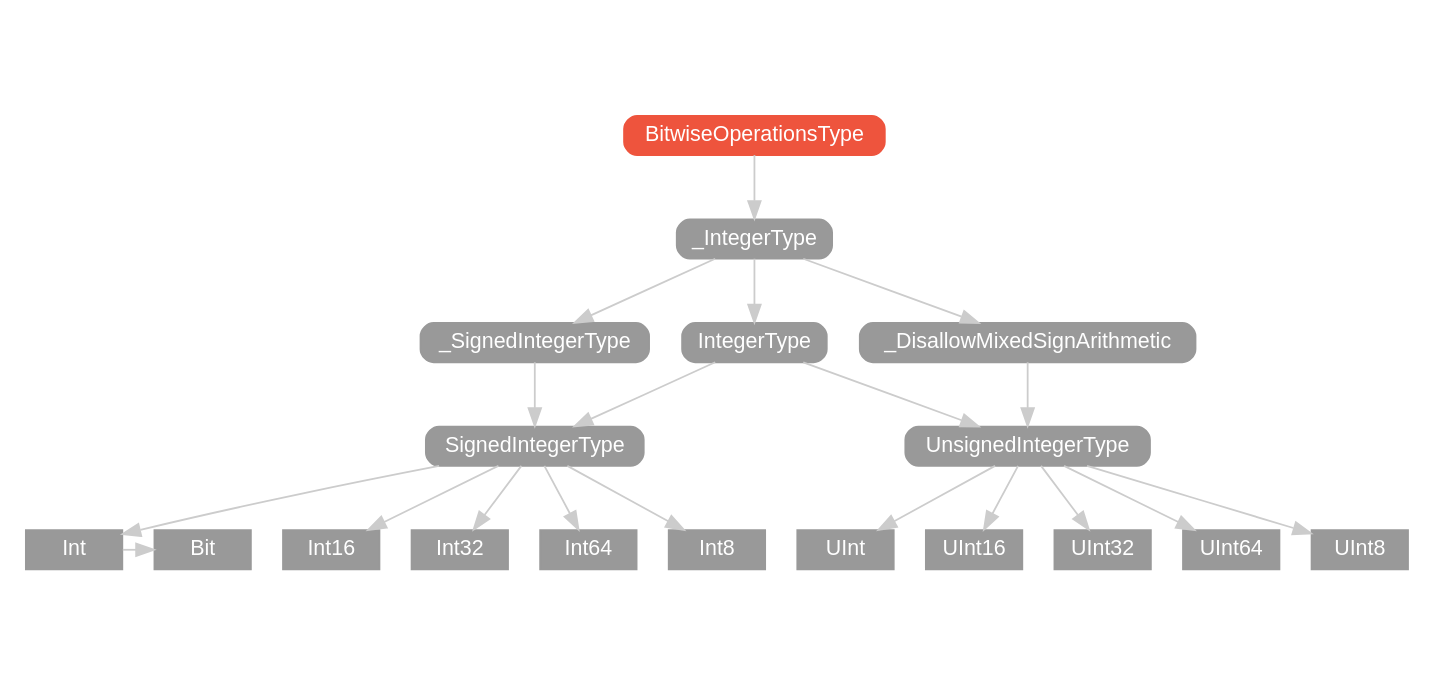
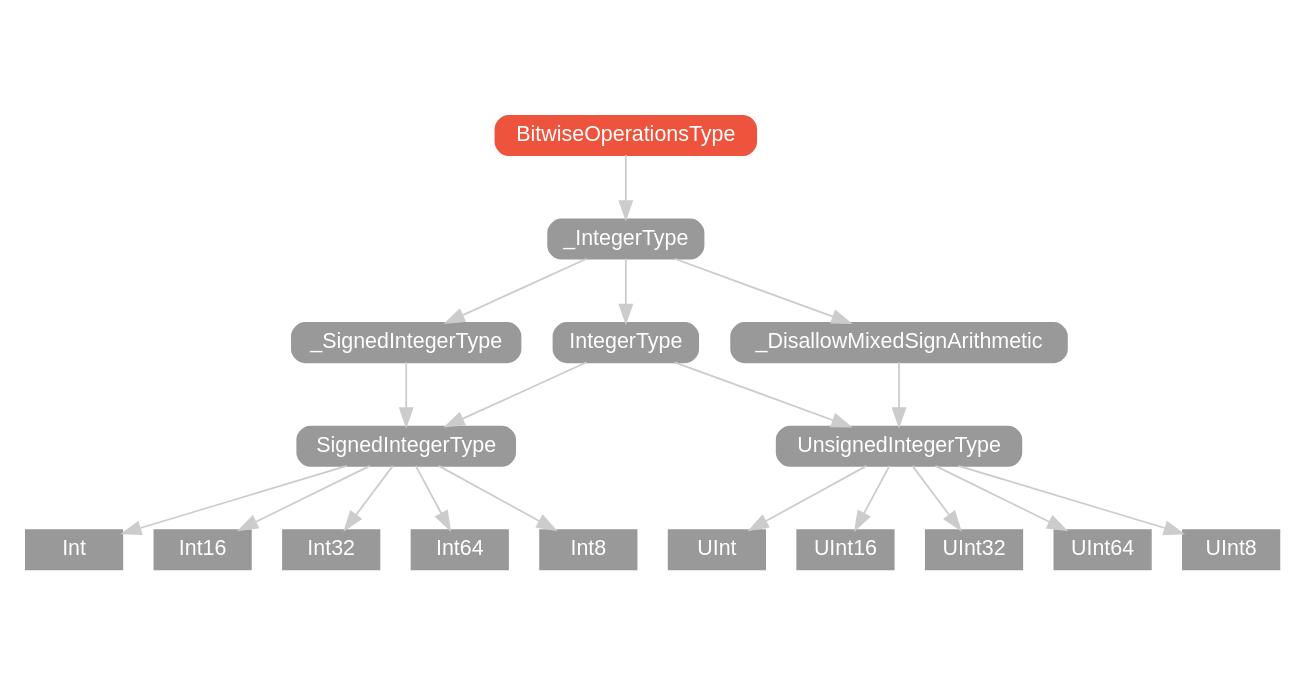
The diagram in v2.1/protocol/BitwiseOperationsType/hierarchy/index.dot (SwiftDoc/SwiftDoc.github.io), drawn with Graphviz before and after one commit. The commit also changed 50 other files, not shown here.

```diff
--- a/v2.1/protocol/BitwiseOperationsType/hierarchy/index.dot
+++ b/v2.1/protocol/BitwiseOperationsType/hierarchy/index.dot
@@ -1,55 +1,52 @@
 strict digraph "BitwiseOperationsType - Type Hierarchy - SwiftDoc.org" {
     pad="0.1,0.8"
     node [shape=box, style="filled,rounded", color="#999999", fillcolor="#999999", fontcolor=white, fontname=Helvetica, fontnames="Helvetica,sansserif", fontsize=12, margin="0.07,0.05", height="0.3"]
     edge [color="#cccccc"]
-    "Bit" [URL="/type/Bit/hierarchy/", style=filled]
     "BitwiseOperationsType" [URL="/protocol/BitwiseOperationsType/", style="filled,rounded", fillcolor="#ee543d", color="#ee543d"]
     "Int" [URL="/type/Int/hierarchy/", style=filled]
     "Int16" [URL="/type/Int16/hierarchy/", style=filled]
     "Int32" [URL="/type/Int32/hierarchy/", style=filled]
     "Int64" [URL="/type/Int64/hierarchy/", style=filled]
     "Int8" [URL="/type/Int8/hierarchy/", style=filled]
     "IntegerType" [URL="/protocol/IntegerType/hierarchy/"]
     "SignedIntegerType" [URL="/protocol/SignedIntegerType/hierarchy/"]
     "UInt" [URL="/type/UInt/hierarchy/", style=filled]
     "UInt16" [URL="/type/UInt16/hierarchy/", style=filled]
     "UInt32" [URL="/type/UInt32/hierarchy/", style=filled]
     "UInt64" [URL="/type/UInt64/hierarchy/", style=filled]
     "UInt8" [URL="/type/UInt8/hierarchy/", style=filled]
     "UnsignedIntegerType" [URL="/protocol/UnsignedIntegerType/hierarchy/"]
     "_DisallowMixedSignArithmetic" [URL="/protocol/_DisallowMixedSignArithmetic/hierarchy/"]
     "_IntegerType" [URL="/protocol/_IntegerType/hierarchy/"]
     "_SignedIntegerType" [URL="/protocol/_SignedIntegerType/hierarchy/"]    "BitwiseOperationsType" -> "_IntegerType"
     "_IntegerType" -> "IntegerType"
     "_IntegerType" -> "_DisallowMixedSignArithmetic"
     "_IntegerType" -> "_SignedIntegerType"
     "IntegerType" -> "SignedIntegerType"
     "IntegerType" -> "UnsignedIntegerType"
     "SignedIntegerType" -> "Int"
     "SignedIntegerType" -> "Int16"
     "SignedIntegerType" -> "Int32"
     "SignedIntegerType" -> "Int64"
     "SignedIntegerType" -> "Int8"
-    "Int" -> "Bit"
     "UnsignedIntegerType" -> "UInt"
     "UnsignedIntegerType" -> "UInt16"
     "UnsignedIntegerType" -> "UInt32"
     "UnsignedIntegerType" -> "UInt64"
     "UnsignedIntegerType" -> "UInt8"
     "_DisallowMixedSignArithmetic" -> "UnsignedIntegerType"
     "UnsignedIntegerType" -> "UInt"
     "UnsignedIntegerType" -> "UInt16"
     "UnsignedIntegerType" -> "UInt32"
     "UnsignedIntegerType" -> "UInt64"
     "UnsignedIntegerType" -> "UInt8"
     "_SignedIntegerType" -> "SignedIntegerType"
     "SignedIntegerType" -> "Int"
     "SignedIntegerType" -> "Int16"
     "SignedIntegerType" -> "Int32"
     "SignedIntegerType" -> "Int64"
     "SignedIntegerType" -> "Int8"
-    "Int" -> "Bit"
     subgraph Types {
-        rank = max; "Int"; "Int16"; "Int32"; "Int64"; "Int8"; "Bit"; "UInt"; "UInt16"; "UInt32"; "UInt64"; "UInt8";
+        rank = max; "Int"; "Int16"; "Int32"; "Int64"; "Int8"; "UInt"; "UInt16"; "UInt32"; "UInt64"; "UInt8";
     }
 }
```
